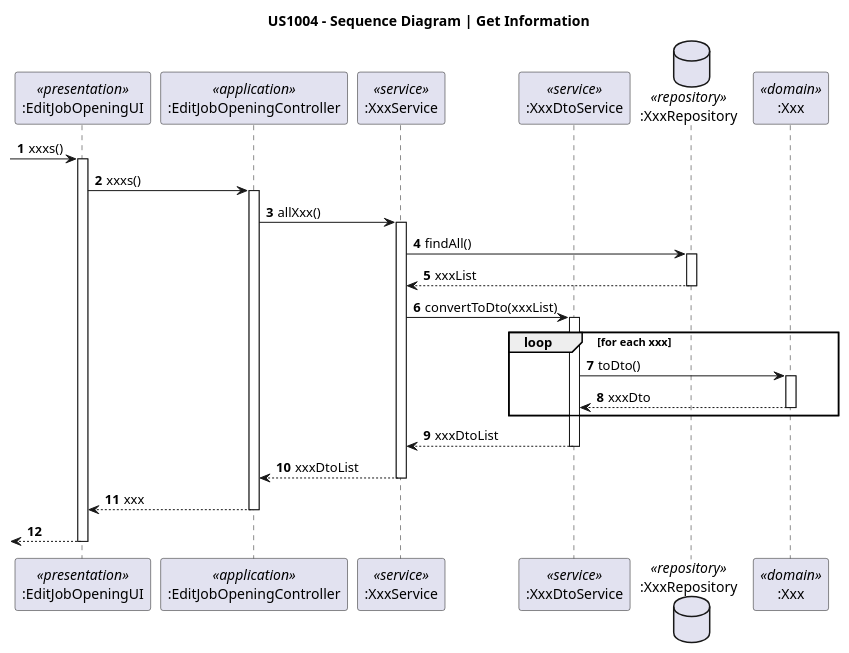
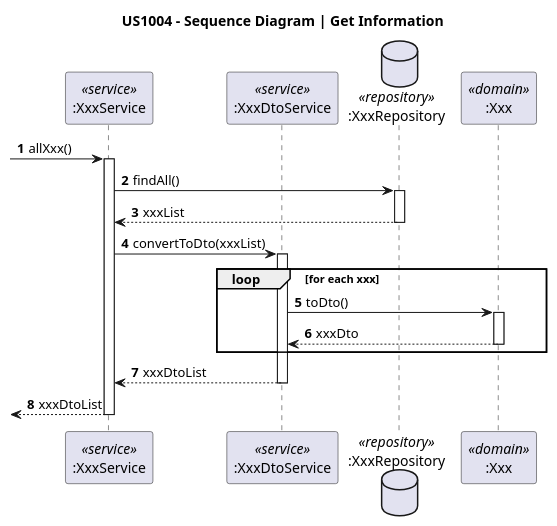
The diagram in docs/sprint-c/us_1004/design-diagrams/sequence-diagram-get-information.puml (rita-barbosa/LAPR4-2324), drawn with PlantUML before and after one commit. The commit also changed 5 other files, not shown here.

Commit message:
docs: updates sequence and class diagram to correct mistake in design. [closes #254]

```diff
--- a/docs/sprint-c/us_1004/design-diagrams/sequence-diagram-get-information.puml
+++ b/docs/sprint-c/us_1004/design-diagrams/sequence-diagram-get-information.puml
@@ -1,56 +1,42 @@
 @startuml
 'https://plantuml.com/sequence-diagram
 
 title US1004 - Sequence Diagram | Get Information
 
 autonumber
-
-
-participant ":EditJobOpeningUI" as UI <<presentation>>
-participant ":EditJobOpeningController" as CTRL <<application>>
 participant ":XxxService" as MS <<service>>
 participant ":XxxDtoService" as MS_DTO <<service>>
 database ":XxxRepository" as JO_REPO <<repository>>
 participant ":Xxx" as JO <<domain>>
 
--> UI : xxxs()
-activate UI
 
-UI -> CTRL: xxxs()
-activate CTRL
-
-    CTRL -> MS: allXxx()
+  -> MS: allXxx()
     activate MS
 
     MS -> JO_REPO: findAll()
     activate JO_REPO
 
     JO_REPO --> MS: xxxList
     deactivate JO_REPO
 
     MS -> MS_DTO: convertToDto(xxxList)
     activate MS_DTO
 
     loop for each xxx
 
         MS_DTO -> JO : toDto()
         activate JO
 
         JO --> MS_DTO : xxxDto
         deactivate JO
 
     end loop
 
     MS_DTO --> MS: xxxDtoList
     deactivate MS_DTO
 
-    MS --> CTRL: xxxDtoList
+     <-- MS: xxxDtoList
     deactivate MS
 
-CTRL --> UI: xxx
-deactivate CTRL
-
-<-- UI
-deactivate UI
 
 @enduml
```
